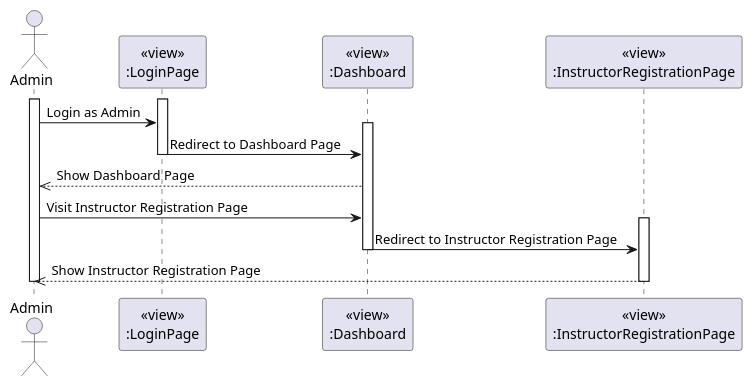
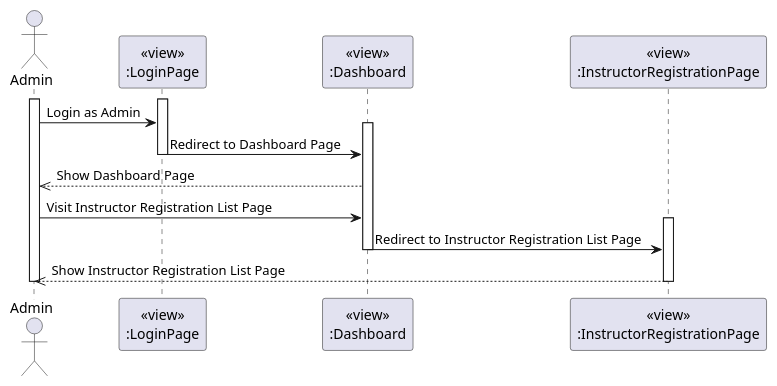
Before and after one commit to felixpherry/Lecturna-UML: the diagram in 081. Manage Instructor Registration/Sequence Diagram.puml, drawn with PlantUML. The commit also changed 82 other files, not shown here.

Commit message:
Fix: Sequence Diagrams

```diff
--- a/081. Manage Instructor Registration/Sequence Diagram.puml
+++ b/081. Manage Instructor Registration/Sequence Diagram.puml
@@ -1,36 +1,36 @@
 @startuml ManageInstructorRegistration
 actor Admin
 participant LoginPageView [
   <<view>>
   :LoginPage
 ]
 
 participant DashboardView [
   <<view>>
   :Dashboard
 ]
 
 participant InstructorRegistrationView [
   <<view>>
   :InstructorRegistrationPage
 ]
 
 activate Admin
 activate LoginPageView
 Admin -> LoginPageView: Login as Admin
 activate DashboardView
 LoginPageView -> DashboardView: Redirect to Dashboard Page
 deactivate LoginPageView
 
 DashboardView -->> Admin: Show Dashboard Page
 
-Admin -> DashboardView: Visit Instructor Registration Page
+Admin -> DashboardView: Visit Instructor Registration List Page
 activate InstructorRegistrationView
-DashboardView -> InstructorRegistrationView: Redirect to Instructor Registration Page
+DashboardView -> InstructorRegistrationView: Redirect to Instructor Registration List Page
 deactivate DashboardView
 
-InstructorRegistrationView -->> Admin: Show Instructor Registration Page
+InstructorRegistrationView -->> Admin: Show Instructor Registration List Page
 
 deactivate Admin
 deactivate InstructorRegistrationView
 @enduml
```
